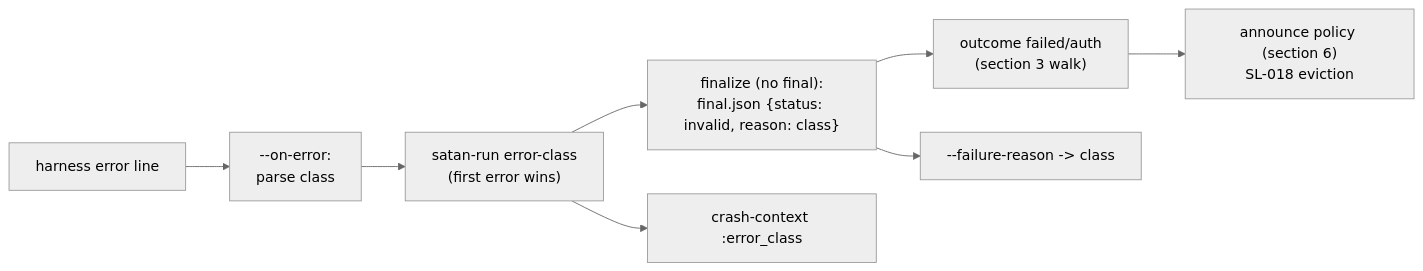
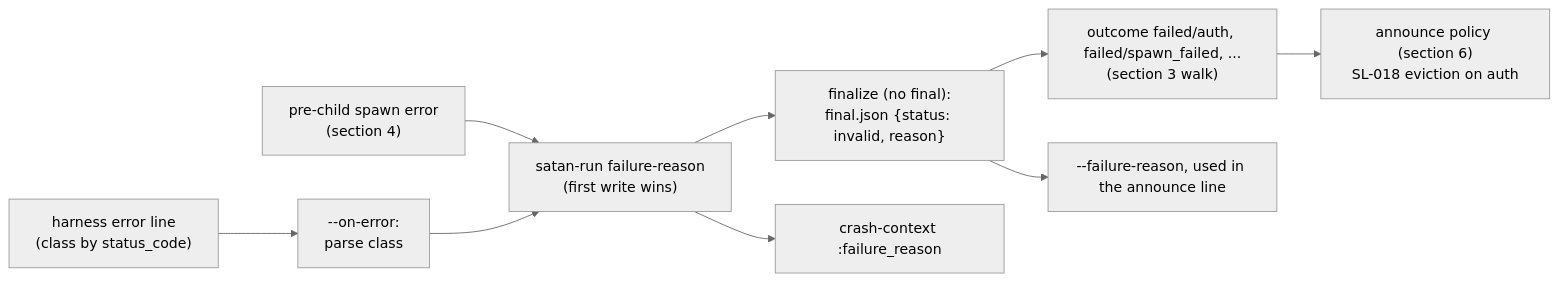
One commit to davidlee/satan changed the fourth of 5 diagrams in .doctrine/slice/017/design.md. Above: the diagram before and after it, drawn with Mermaid (neutral theme). The commit also changed other lines of this file and 9 other files, not shown here.

````diff
--- a/.doctrine/slice/017/design.md
+++ b/.doctrine/slice/017/design.md
@@ -640,10 +751,11 @@
 ```mermaid
 flowchart LR
-  H["harness error line"] --> OE["--on-error:<br/>parse class"]
-  OE --> SLOT["satan-run error-class<br/>(first error wins)"]
-  SLOT --> FIN["finalize (no final):<br/>final.json {status: invalid, reason: class}"]
-  SLOT --> CC["crash-context :error_class"]
-  FIN --> OUT["outcome failed/auth<br/>(section 3 walk)"]
-  FIN --> FR["--failure-reason -> class"]
-  OUT --> POL["announce policy (section 6)<br/>SL-018 eviction"]
+  H["harness error line<br/>(class by status_code)"] --> OE["--on-error:<br/>parse class"]
+  SF["pre-child spawn error<br/>(section 4)"] --> SLOT
+  OE --> SLOT["satan-run failure-reason<br/>(first write wins)"]
+  SLOT --> FIN["finalize (no final):<br/>final.json {status: invalid, reason}"]
+  SLOT --> CC["crash-context :failure_reason"]
+  FIN --> OUT["outcome failed/auth, failed/spawn_failed, ...<br/>(section 3 walk)"]
+  FIN --> FR["--failure-reason, used in the announce line"]
+  OUT --> POL["announce policy (section 6)<br/>SL-018 eviction on auth"]
 ```
````
